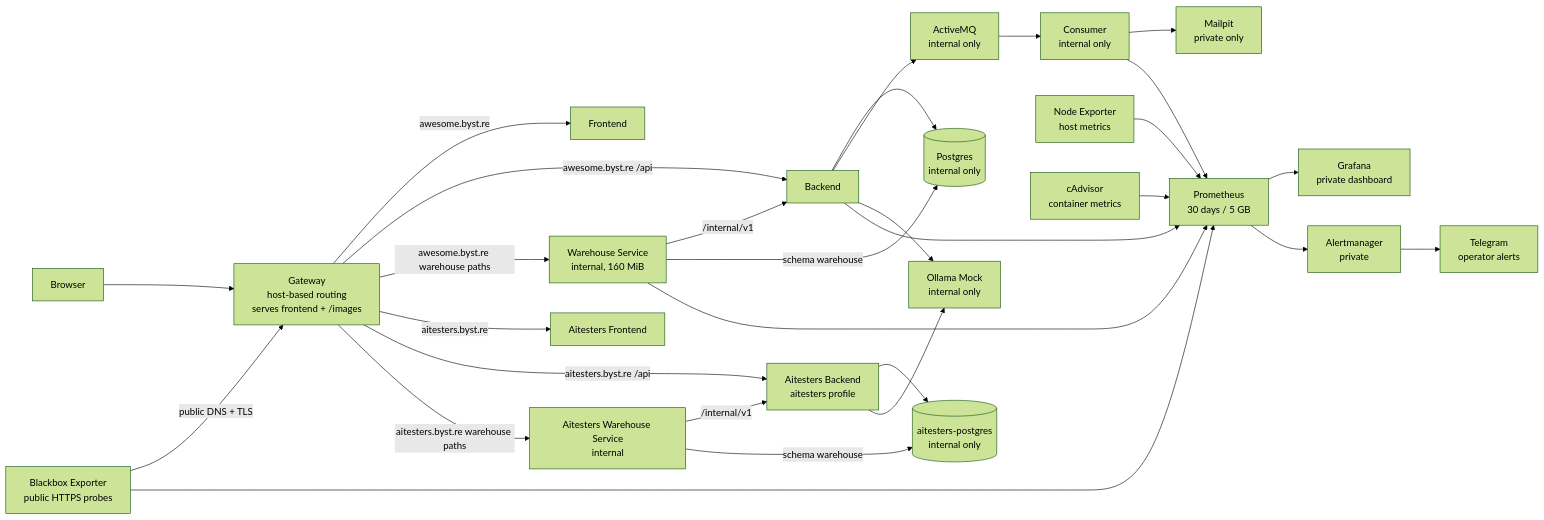
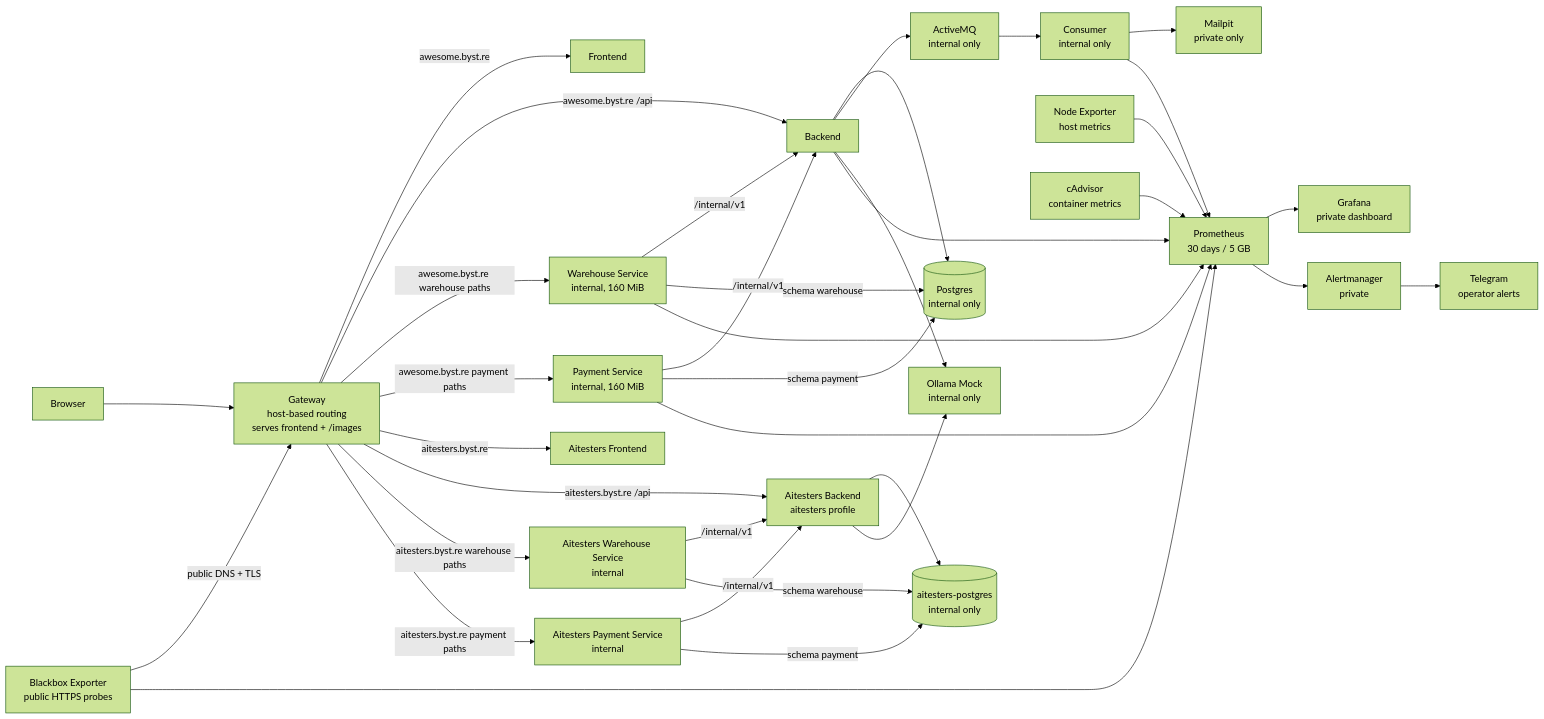
One commit to slawekradzyminski/awesome-localstack changed the third of 3 diagrams in README.md. Above: the diagram before and after it, drawn with Mermaid (forest theme). The commit also changed other lines of this file and 89 other files, not shown here.

First line of the commit message:
Commerce wave 3: payment-service, tracking, backend 3.15.0, frontend 3.12.0, docs wiki (#81)

````diff
--- a/README.md
+++ b/README.md
@@ -400,53 +426,62 @@
 ```mermaid
 flowchart LR
     U[Browser]
     G[Gateway<br/>host-based routing<br/>serves frontend + /images]
     F[Frontend]
     B[Backend]
     W[Warehouse Service<br/>internal, 160 MiB]
+    PS[Payment Service<br/>internal, 160 MiB]
     AF[Aitesters Frontend]
     AB[Aitesters Backend<br/>aitesters profile]
     AW[Aitesters Warehouse Service<br/>internal]
+    APS[Aitesters Payment Service<br/>internal]
     ADB[(aitesters-postgres<br/>internal only)]
     DB[(Postgres<br/>internal only)]
     MQ[ActiveMQ<br/>internal only]
     C[Consumer<br/>internal only]
     M[Mailpit<br/>private only]
     O[Ollama Mock<br/>internal only]
     N[Node Exporter<br/>host metrics]
     CA[cAdvisor<br/>container metrics]
     BB[Blackbox Exporter<br/>public HTTPS probes]
     P[Prometheus<br/>30 days / 5 GB]
     AM[Alertmanager<br/>private]
     T[Telegram<br/>operator alerts]
     GR[Grafana<br/>private dashboard]
 
     U --> G
     G -->|awesome.byst.re| F
     G -->|awesome.byst.re /api| B
     G -->|awesome.byst.re warehouse paths| W
+    G -->|awesome.byst.re payment paths| PS
     W -->|/internal/v1| B
+    PS -->|/internal/v1| B
     W -->|schema warehouse| DB
+    PS -->|schema payment| DB
     G -->|aitesters.byst.re| AF
     G -->|aitesters.byst.re /api| AB
     G -->|aitesters.byst.re warehouse paths| AW
+    G -->|aitesters.byst.re payment paths| APS
     AW -->|/internal/v1| AB
+    APS -->|/internal/v1| AB
     AB --> ADB
     AW -->|schema warehouse| ADB
+    APS -->|schema payment| ADB
     B --> DB
     B --> MQ
     MQ --> C
     C --> M
     B --> O
     AB --> O
     N --> P
     CA --> P
     BB -->|public DNS + TLS| G
     BB --> P
     B --> P
     C --> P
     W --> P
+    PS --> P
     P --> GR
     P --> AM
     AM --> T
 ```
````
